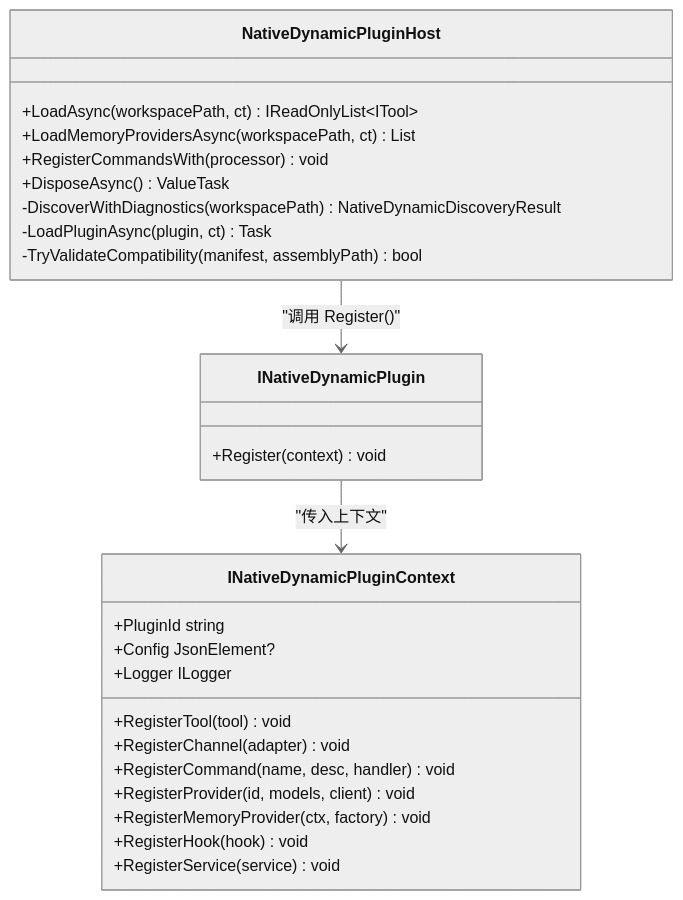
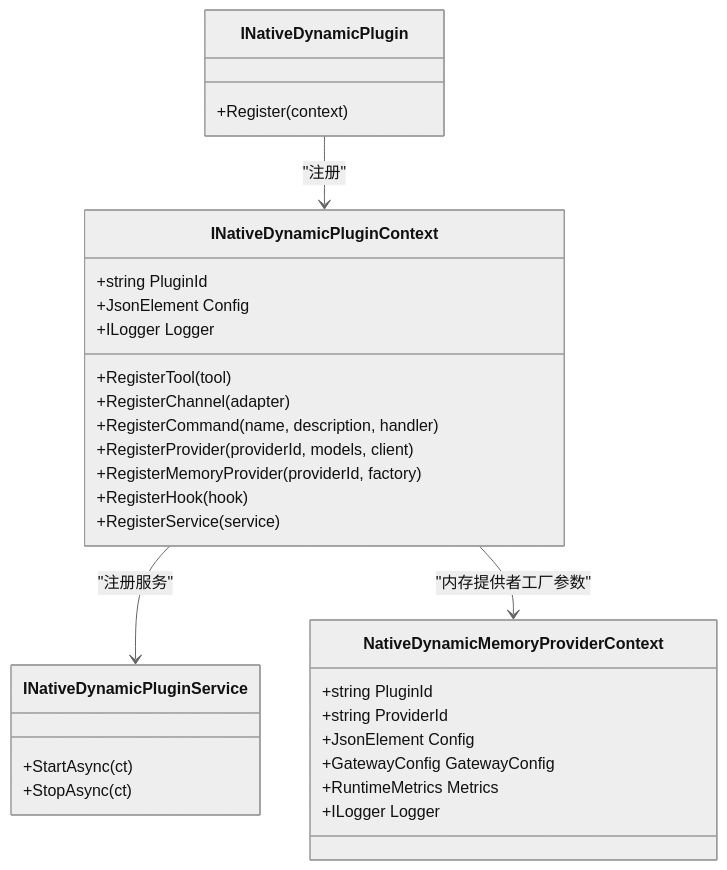
Before and after one commit to wayyet/kingcrab: the third of 8 diagrams in .qoder/repowiki/zh/content/插件系统/插件系统.md, drawn with Mermaid (neutral theme). The commit also changed other lines of this file and 173 other files, not shown here.

````diff
--- a/.qoder/repowiki/zh/content/插件系统/插件系统.md
+++ b/.qoder/repowiki/zh/content/插件系统/插件系统.md
@@ -144,29 +154,33 @@
 ```mermaid
 classDiagram
-class NativeDynamicPluginHost {
-+LoadAsync(workspacePath, ct) IReadOnlyList~ITool~
-+LoadMemoryProvidersAsync(workspacePath, ct) List
-+RegisterCommandsWith(processor) void
-+DisposeAsync() ValueTask
--DiscoverWithDiagnostics(workspacePath) NativeDynamicDiscoveryResult
--LoadPluginAsync(plugin, ct) Task
--TryValidateCompatibility(manifest, assemblyPath) bool
-}
 class INativeDynamicPlugin {
-+Register(context) void
++Register(context)
 }
 class INativeDynamicPluginContext {
-+PluginId string
-+Config JsonElement?
-+Logger ILogger
-+RegisterTool(tool) void
-+RegisterChannel(adapter) void
-+RegisterCommand(name, desc, handler) void
-+RegisterProvider(id, models, client) void
-+RegisterMemoryProvider(ctx, factory) void
-+RegisterHook(hook) void
-+RegisterService(service) void
++string PluginId
++JsonElement Config
++ILogger Logger
++RegisterTool(tool)
++RegisterChannel(adapter)
++RegisterCommand(name, description, handler)
++RegisterProvider(providerId, models, client)
++RegisterMemoryProvider(providerId, factory)
++RegisterHook(hook)
++RegisterService(service)
 }
-NativeDynamicPluginHost --> INativeDynamicPlugin : "调用 Register()"
-INativeDynamicPlugin --> INativeDynamicPluginContext : "传入上下文"
+class INativeDynamicPluginService {
++StartAsync(ct)
++StopAsync(ct)
+}
+class NativeDynamicMemoryProviderContext {
++string PluginId
++string ProviderId
++JsonElement Config
++GatewayConfig GatewayConfig
++RuntimeMetrics Metrics
++ILogger Logger
+}
+INativeDynamicPlugin --> INativeDynamicPluginContext : "注册"
+INativeDynamicPluginContext --> INativeDynamicPluginService : "注册服务"
+INativeDynamicPluginContext --> NativeDynamicMemoryProviderContext : "内存提供者工厂参数"
 ```
````
